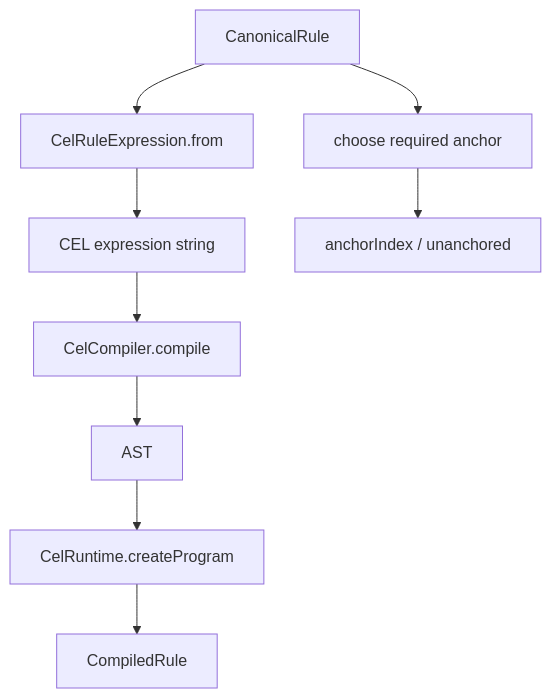
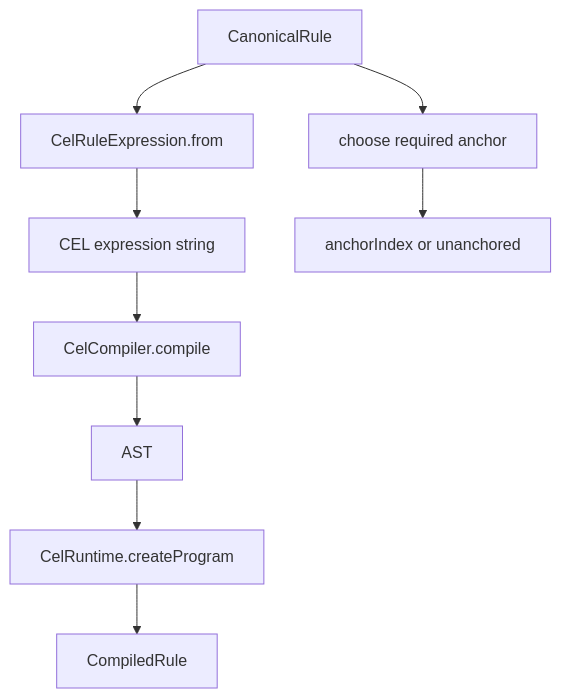
One commit to GAbra/itam-asset-typing-benchmark changed the fourth of 9 diagrams in docs/ENGINE_IMPLEMENTATION.md. Above: the diagram before and after it, drawn with Mermaid. The commit also changed other lines of this file, not shown here.

Commit message:
Fix Mermaid syntax in English engine implementation

````diff
--- a/docs/ENGINE_IMPLEMENTATION.md
+++ b/docs/ENGINE_IMPLEMENTATION.md
@@ -192,11 +150,11 @@
 ```mermaid
 flowchart TD
-    R[CanonicalRule] --> X[CelRuleExpression.from]
-    X --> S[CEL expression string]
-    S --> C[CelCompiler.compile]
-    C --> AST[AST]
-    AST --> P[CelRuntime.createProgram]
-    P --> CR[CompiledRule]
-    R --> A[choose required anchor]
-    A --> IDX[anchorIndex / unanchored]
+    R["CanonicalRule"] --> X["CelRuleExpression.from"]
+    X --> S["CEL expression string"]
+    S --> C["CelCompiler.compile"]
+    C --> AST["AST"]
+    AST --> P["CelRuntime.createProgram"]
+    P --> CR["CompiledRule"]
+    R --> A["choose required anchor"]
+    A --> IDX["anchorIndex or unanchored"]
 ```
````
